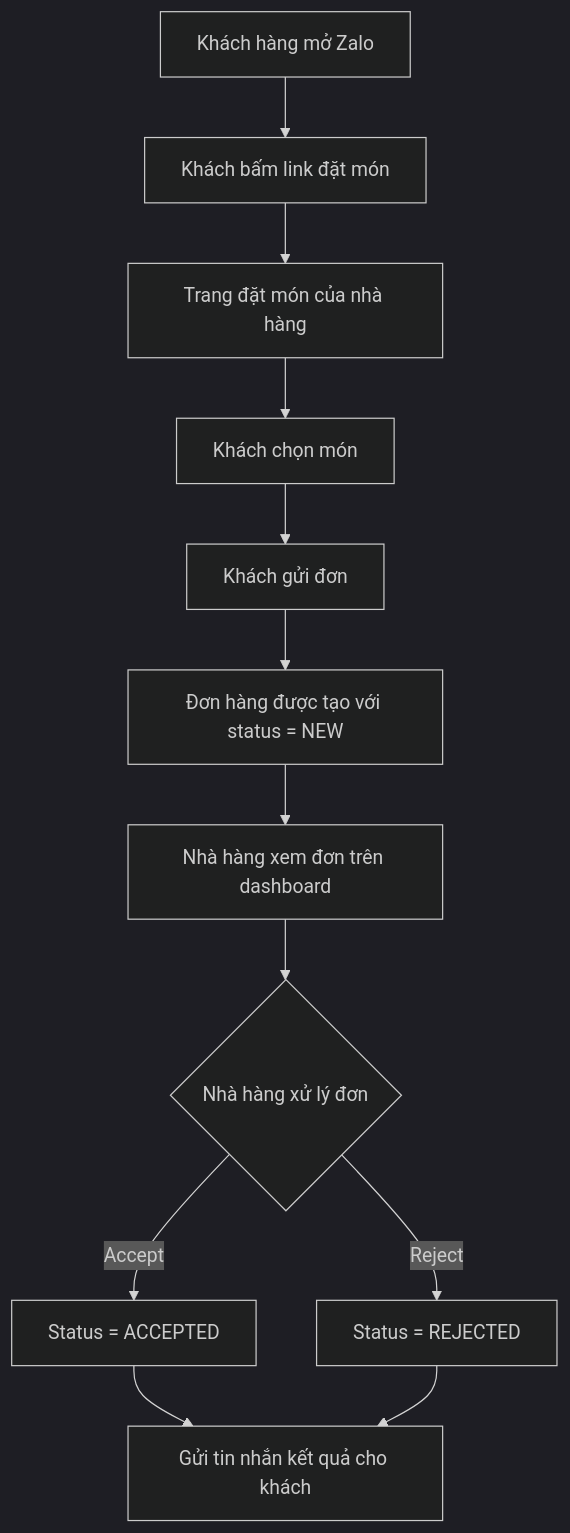
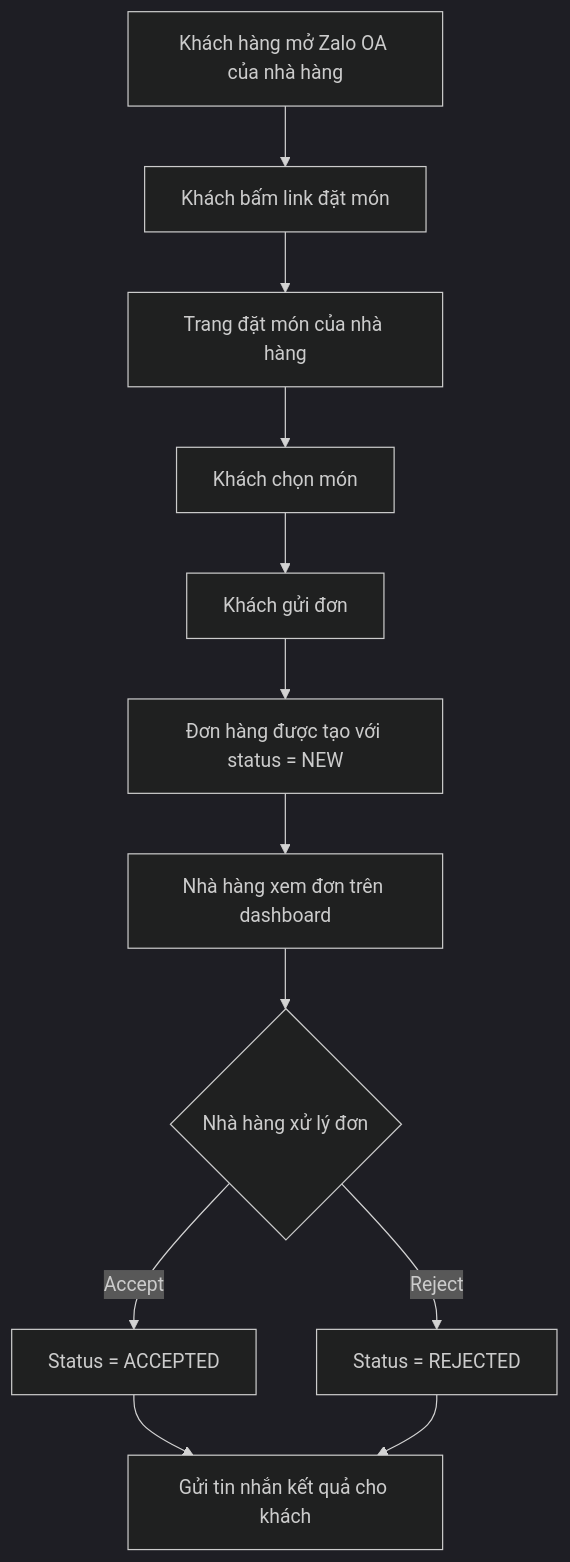
Before and after one commit to Thuanmai56/benmi-order: the first of 7 diagrams in docs/02-product-flow.md, drawn with Mermaid (dark theme). The commit also changed other lines of this file, not shown here.

Commit message:
Clarify Zalo OA product flow

````diff
--- a/docs/02-product-flow.md
+++ b/docs/02-product-flow.md
@@ -36,14 +38,14 @@
 ```mermaid
 flowchart TD
-    A[Khách hàng mở Zalo] --> B[Khách bấm link đặt món]
+    A[Khách hàng mở Zalo OA của nhà hàng] --> B[Khách bấm link đặt món]
     B --> C[Trang đặt món của nhà hàng]
     C --> D[Khách chọn món]
     D --> E[Khách gửi đơn]
     E --> F[Đơn hàng được tạo với status = NEW]
     F --> G[Nhà hàng xem đơn trên dashboard]
     G --> H{Nhà hàng xử lý đơn}
     H -->|Accept| I[Status = ACCEPTED]
     H -->|Reject| J[Status = REJECTED]
     I --> K[Gửi tin nhắn kết quả cho khách]
     J --> K
 ```
````
